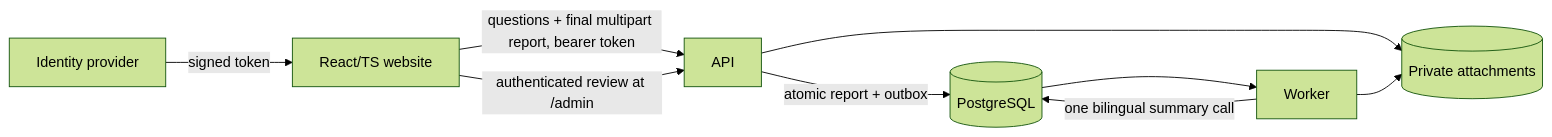
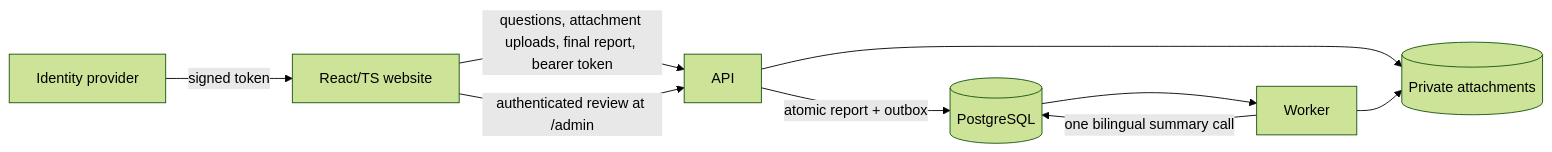
Before and after one commit to HPAC-Safety/safety-report: the diagram in docs/architecture.md, drawn with Mermaid (forest theme). The commit also changed other lines of this file and 98 other files, not shown here.

````diff
--- a/docs/architecture.md
+++ b/docs/architecture.md
@@ -14,11 +14,11 @@
 ```mermaid
 flowchart LR
     idp["Identity provider"] -->|"signed token"| web["React/TS website"]
-    web -->|"questions + final multipart report, bearer token"| api["API"]
+    web -->|"questions, attachment uploads, final report, bearer token"| api["API"]
     web -->|"authenticated review at /admin"| api
     api -->|"atomic report + outbox"| db[("PostgreSQL")]
     api --> private[("Private attachments")]
     db --> worker["Worker"]
     worker -->|"one bilingual summary call"| db
     worker --> private
 ```
````
